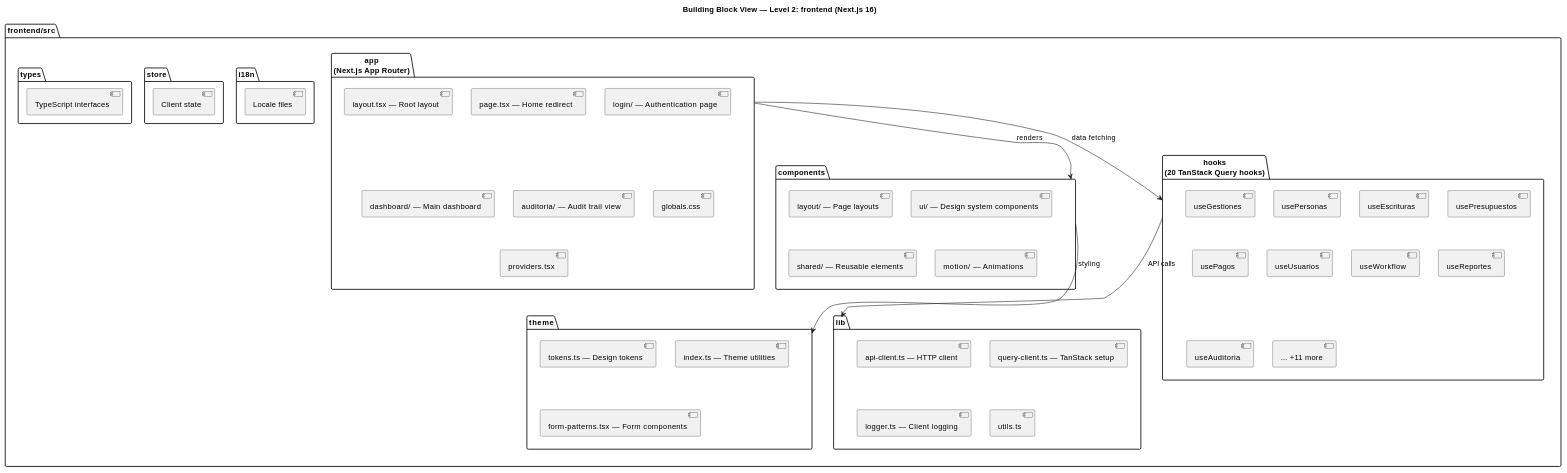
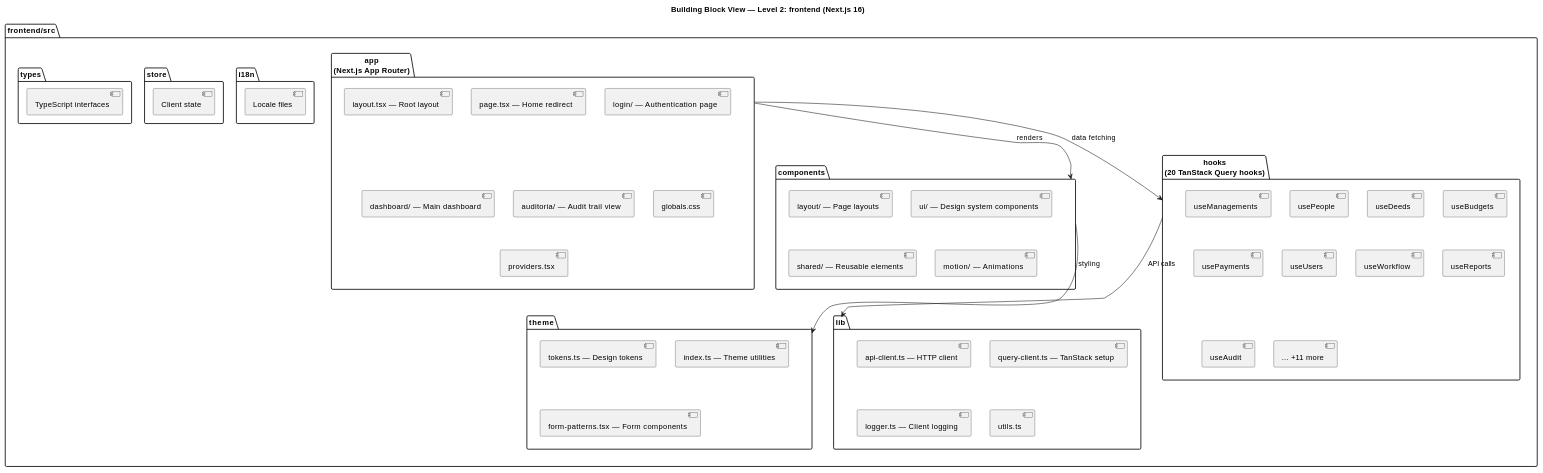
One commit to matiaspakua/notaire changed the sixth of 13 diagrams in docs/200-architecture/201-SAD/sad.md. Above: the diagram before and after it, drawn with PlantUML. The commit also changed other lines of this file and 1430 other files, not shown here.

````diff
--- a/docs/200-architecture/201-SAD/sad.md
+++ b/docs/200-architecture/201-SAD/sad.md
@@ -404,68 +404,68 @@
 ```plantuml
 @startuml
 title Building Block View — Level 2: frontend (Next.js 16)
 
 package "frontend/src" {
 
   package "app\n(Next.js App Router)" as app {
     [layout.tsx — Root layout]
     [page.tsx — Home redirect]
     [login/ — Authentication page]
     [dashboard/ — Main dashboard]
     [auditoria/ — Audit trail view]
     [globals.css]
     [providers.tsx]
   }
 
   package "components" as comp {
     [layout/ — Page layouts]
     [ui/ — Design system components]
     [shared/ — Reusable elements]
     [motion/ — Animations]
   }
 
   package "hooks\n(20 TanStack Query hooks)" as hooks {
-    [useGestiones]
-    [usePersonas]
-    [useEscrituras]
-    [usePresupuestos]
-    [usePagos]
-    [useUsuarios]
+    [useManagements]
+    [usePeople]
+    [useDeeds]
+    [useBudgets]
+    [usePayments]
+    [useUsers]
     [useWorkflow]
-    [useReportes]
-    [useAuditoria]
+    [useReports]
+    [useAudit]
     [... +11 more]
   }
 
   package "theme" as theme {
     [tokens.ts — Design tokens]
     [index.ts — Theme utilities]
     [form-patterns.tsx — Form components]
   }
 
   package "lib" as lib {
     [api-client.ts — HTTP client]
     [query-client.ts — TanStack setup]
     [logger.ts — Client logging]
     [utils.ts]
   }
 
   package "i18n" as i18n {
     [Locale files]
   }
 
   package "store" as store {
     [Client state]
   }
 
   package "types" as types {
     [TypeScript interfaces]
   }
 }
 
 app --> comp : renders
 app --> hooks : data fetching
 hooks --> lib : API calls
 comp --> theme : styling
 @enduml
 ```
````
